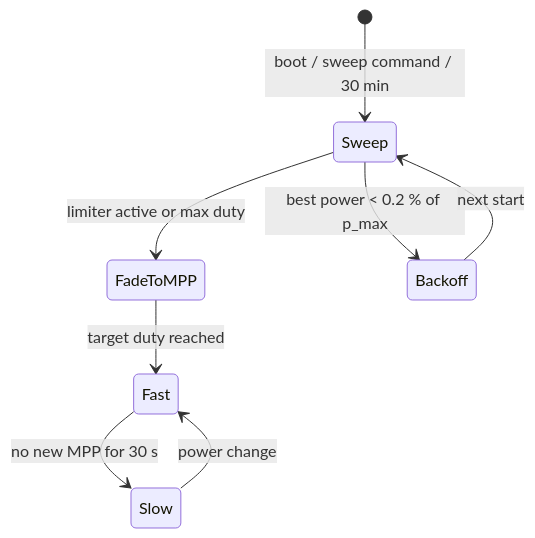
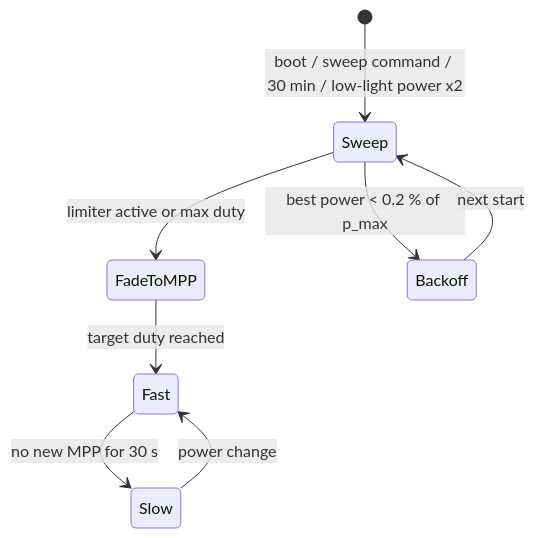
One commit to fl4p/fugu-mppt-firmware changed the diagram in website/docs/internals/mppt-tracker.md. Above: the diagram before and after it, drawn with Mermaid. The commit also changed other lines of this file and 1 other file, not shown here.

First line of the commit message:
re-sweep when power doubles after a low-power sweep (< 5 % p_max, min 2 min apart)

````diff
--- a/website/docs/internals/mppt-tracker.md
+++ b/website/docs/internals/mppt-tracker.md
@@ -27,10 +32,10 @@
 ```mermaid
 stateDiagram-v2
-    [*] --> Sweep: boot / sweep command / 30 min
+    [*] --> Sweep: boot / sweep command / 30 min / low-light power x2
     Sweep --> FadeToMPP: limiter active or max duty
     Sweep --> Backoff: best power < 0.2 % of p_max
     FadeToMPP --> Fast: target duty reached
     Fast --> Slow: no new MPP for 30 s
     Slow --> Fast: power change
     Backoff --> Sweep: next start
 ```
````
